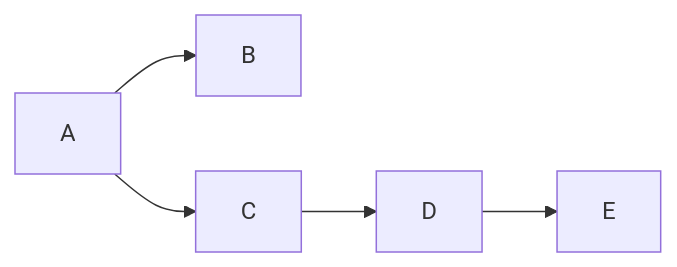
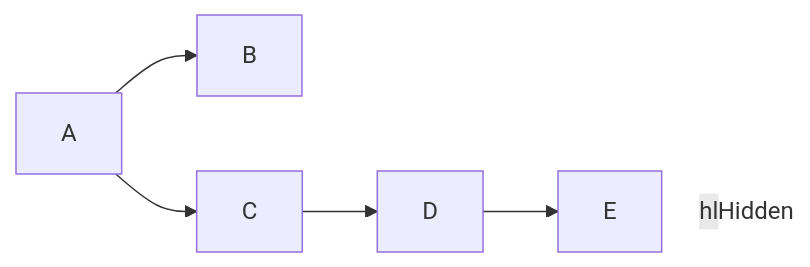
The first of 2 diagrams in docs/algos/transitive_closure.md (sweinst/Grafology), drawn with Mermaid before and after one commit.

````diff
--- a/docs/algos/transitive_closure.md
+++ b/docs/algos/transitive_closure.md
@@ -27,8 +27,12 @@
 ```mermaid
 %%{init: {'themeVariables': {'fontSize': 11,'sectionFontSize': 11}}}%%
 graph LR;
     A --> B
     A --> C
     C --> D
     D --> E
+    E -->|hl| Hidden
+
+    linkStyle 4 display:none;
+    style Hidden display:none;
 ```
````
